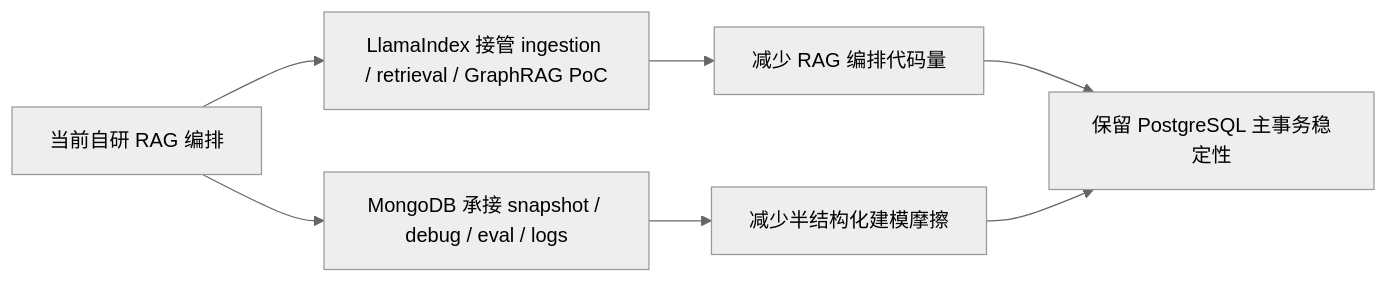
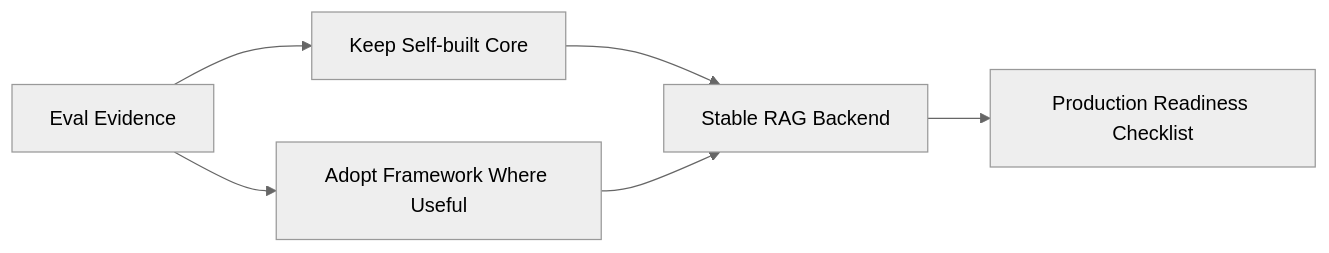
Before and after one commit to pretextQ/Reminder: diagram 20 of 23 in company_target/day1-day20-summary.md, drawn with Mermaid (neutral theme). The commit also changed other lines of this file and 4 other files, not shown here.

````diff
--- a/company_target/day1-day20-summary.md
+++ b/company_target/day1-day20-summary.md
@@ -622,9 +628,8 @@
 ```mermaid
 flowchart LR
-    A[当前自研 RAG 编排] --> B[LlamaIndex 接管 ingestion / retrieval / GraphRAG PoC]
-    A --> C[MongoDB 承接 snapshot / debug / eval / logs]
-    B --> D[减少 RAG 编排代码量]
-    C --> E[减少半结构化建模摩擦]
-    D --> F[保留 PostgreSQL 主事务稳定性]
-    E --> F
+    A[Eval Evidence] --> B[Keep Self-built Core]
+    A --> C[Adopt Framework Where Useful]
+    B --> D[Stable RAG Backend]
+    C --> D
+    D --> E[Production Readiness Checklist]
 ```
````
